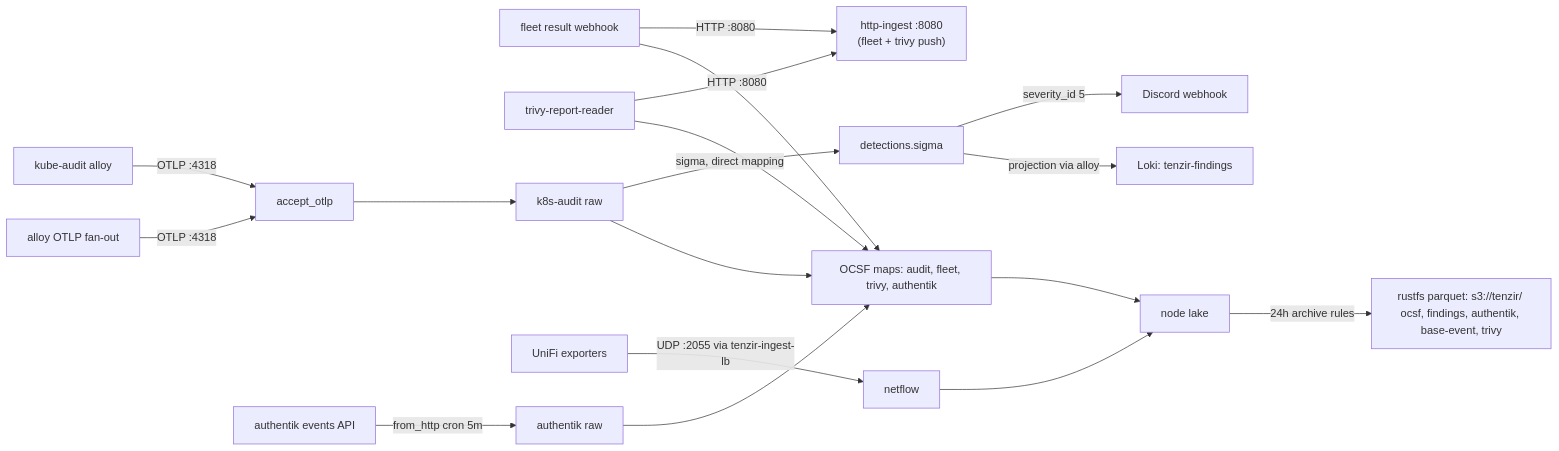
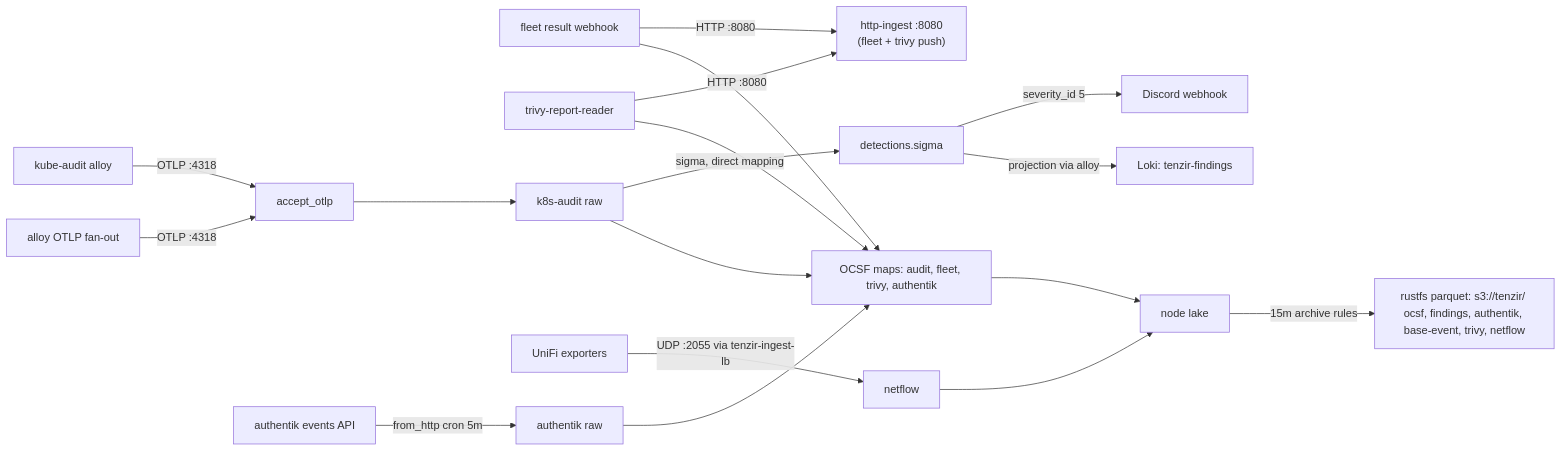
One commit to Apocrathia/homelab changed the diagram in flux/manifests/03-services/observability/tenzir/core/README.md. Above: the diagram before and after it, drawn with Mermaid. The commit also changed other lines of this file and 5 other files, not shown here.

````diff
--- a/flux/manifests/03-services/observability/tenzir/core/README.md
+++ b/flux/manifests/03-services/observability/tenzir/core/README.md
@@ -27,21 +27,21 @@
 ```mermaid
 flowchart LR
     KAT[kube-audit alloy] -->|"OTLP :4318"| AO[accept_otlp]
     ALY["alloy OTLP fan-out"] -->|"OTLP :4318"| AO
     FRW["fleet result webhook"] -->|"HTTP :8080"| AH["http-ingest :8080<br/>(fleet + trivy push)"]
     TRR[trivy-report-reader] -->|"HTTP :8080"| AH
     AKE["authentik events API"] -->|"from_http cron 5m"| AR["authentik raw"]
     UE["UniFi exporters"] -->|"UDP :2055 via tenzir-ingest-lb"| NF[netflow]
 
     AO --> KR["k8s-audit raw"]
     KR -->|"sigma, direct mapping"| SIG[detections.sigma]
     SIG -->|"severity_id 5"| DSC["Discord webhook"]
     SIG -->|"projection via alloy"| LOKI["Loki: tenzir-findings"]
     KR --> MAP["OCSF maps: audit, fleet, trivy, authentik"]
     AR --> MAP
     FRW --> MAP
     TRR --> MAP
     NF --> LAKE["node lake"]
     MAP --> LAKE
-    LAKE -->|"24h archive rules"| S3["rustfs parquet: s3://tenzir/ ocsf, findings, authentik, base-event, trivy"]
+    LAKE -->|"15m archive rules"| S3["rustfs parquet: s3://tenzir/ ocsf, findings, authentik, base-event, trivy, netflow"]
 ```
````
